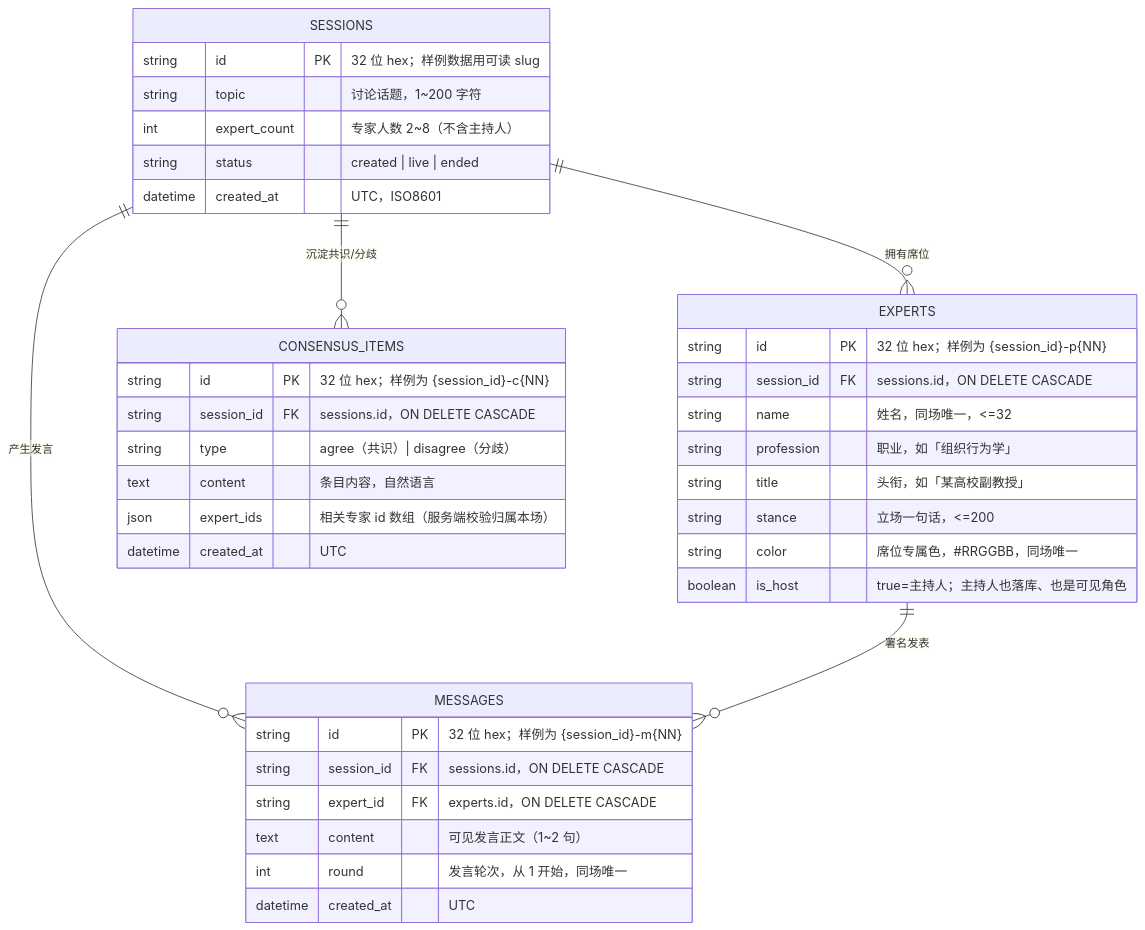
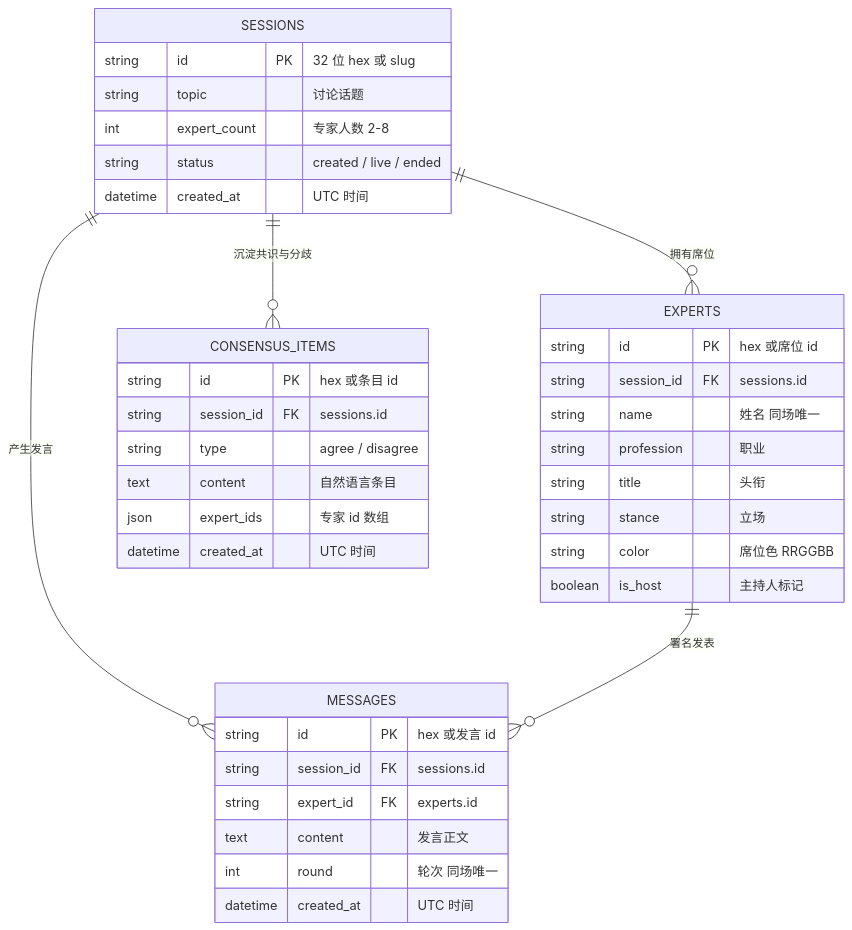
One commit to Ever15554265656/AI-Table-Talk changed the first of 3 diagrams in docs/ER.md. Above: the diagram before and after it, drawn with Mermaid. The commit also changed other lines of this file, not shown here.

Commit message:
docs: 修复ER图mermaid渲染语法

````diff
--- a/docs/ER.md
+++ b/docs/ER.md
@@ -15,44 +15,44 @@
 ```mermaid
 erDiagram
     SESSIONS ||--o{ EXPERTS : "拥有席位"
     SESSIONS ||--o{ MESSAGES : "产生发言"
-    SESSIONS ||--o{ CONSENSUS_ITEMS : "沉淀共识/分歧"
+    SESSIONS ||--o{ CONSENSUS_ITEMS : "沉淀共识与分歧"
     EXPERTS  ||--o{ MESSAGES : "署名发表"
 
     SESSIONS {
-        string   id           PK "32 位 hex；样例数据用可读 slug"
-        string   topic           "讨论话题，1~200 字符"
-        int      expert_count    "专家人数 2~8（不含主持人）"
-        string   status          "created | live | ended"
-        datetime created_at      "UTC，ISO8601"
+        string   id           PK "32 位 hex 或 slug"
+        string   topic           "讨论话题"
+        int      expert_count    "专家人数 2-8"
+        string   status          "created / live / ended"
+        datetime created_at      "UTC 时间"
     }
 
     EXPERTS {
-        string  id          PK "32 位 hex；样例为 {session_id}-p{NN}"
-        string  session_id  FK "sessions.id，ON DELETE CASCADE"
-        string  name           "姓名，同场唯一，<=32"
-        string  profession     "职业，如「组织行为学」"
-        string  title          "头衔，如「某高校副教授」"
-        string  stance         "立场一句话，<=200"
-        string  color          "席位专属色，#RRGGBB，同场唯一"
-        boolean is_host        "true=主持人；主持人也落库、也是可见角色"
+        string  id          PK "hex 或席位 id"
+        string  session_id  FK "sessions.id"
+        string  name           "姓名 同场唯一"
+        string  profession     "职业"
+        string  title          "头衔"
+        string  stance         "立场"
+        string  color          "席位色 RRGGBB"
+        boolean is_host        "主持人标记"
     }
 
     MESSAGES {
-        string   id         PK "32 位 hex；样例为 {session_id}-m{NN}"
-        string   session_id FK "sessions.id，ON DELETE CASCADE"
-        string   expert_id  FK "experts.id，ON DELETE CASCADE"
-        text     content       "可见发言正文（1~2 句）"
-        int      round         "发言轮次，从 1 开始，同场唯一"
-        datetime created_at    "UTC"
+        string   id         PK "hex 或发言 id"
+        string   session_id FK "sessions.id"
+        string   expert_id  FK "experts.id"
+        text     content       "发言正文"
+        int      round         "轮次 同场唯一"
+        datetime created_at    "UTC 时间"
     }
 
     CONSENSUS_ITEMS {
-        string   id         PK "32 位 hex；样例为 {session_id}-c{NN}"
-        string   session_id FK "sessions.id，ON DELETE CASCADE"
-        string   type          "agree（共识）| disagree（分歧）"
-        text     content        "条目内容，自然语言"
-        json     expert_ids     "相关专家 id 数组（服务端校验归属本场）"
-        datetime created_at     "UTC"
+        string   id         PK "hex 或条目 id"
+        string   session_id FK "sessions.id"
+        string   type          "agree / disagree"
+        text     content        "自然语言条目"
+        json     expert_ids     "专家 id 数组"
+        datetime created_at     "UTC 时间"
     }
 ```
````
